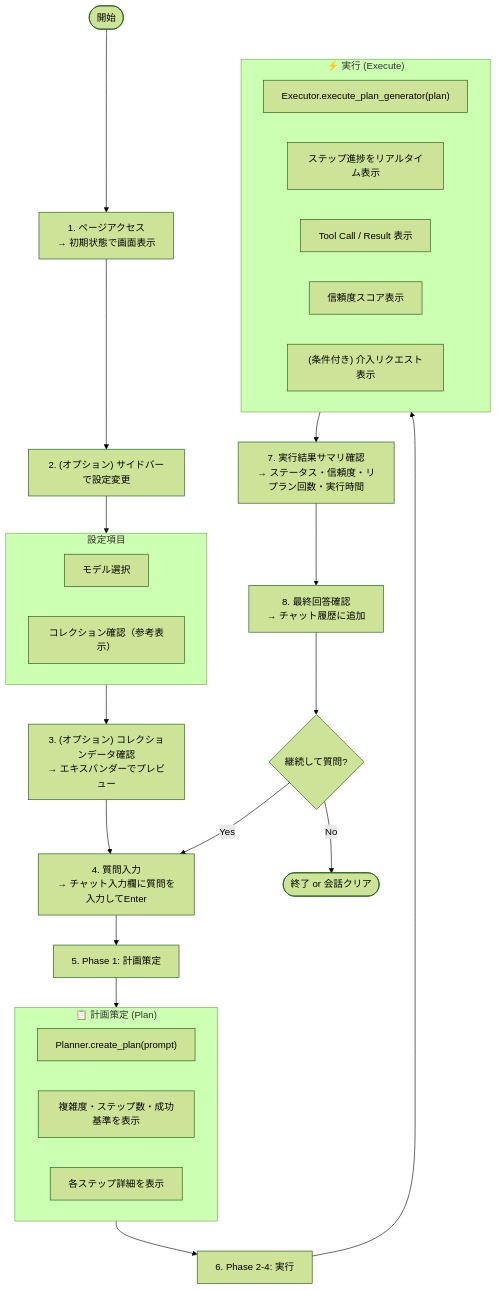
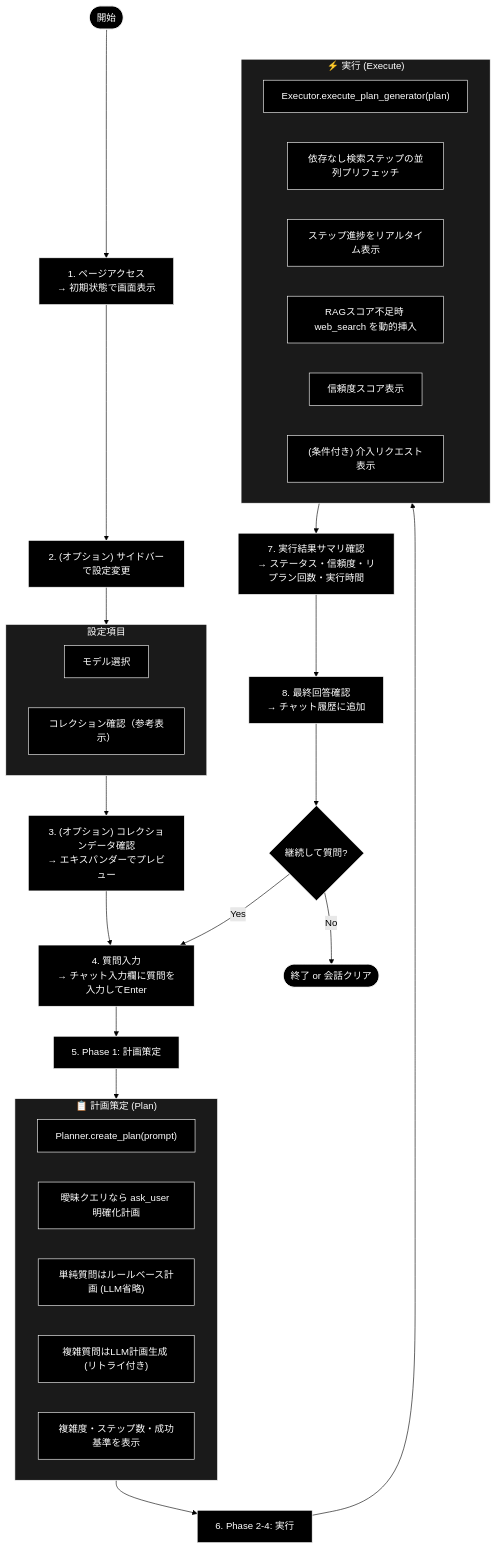
One commit to nakashima2toshio/openai_grace_agent changed the seventh of 13 diagrams in readme_autonomous_agent.md. Above: the diagram before and after it, drawn with Mermaid (forest theme). The commit also changed other lines of this file and 4 other files, not shown here.

````diff
--- a/readme_autonomous_agent.md
+++ b/readme_autonomous_agent.md
@@ -575,39 +656,48 @@
 ```mermaid
 flowchart TB
     Start(["開始"]) --> A["1. ページアクセス<br/>→ 初期状態で画面表示"]
     A --> B["2. (オプション) サイドバーで設定変更"]
 
     subgraph Settings["設定項目"]
         B1["モデル選択"]
         B2["コレクション確認（参考表示）"]
     end
     B --> Settings
 
     Settings --> C["3. (オプション) コレクションデータ確認<br/>→ エキスパンダーでプレビュー"]
     C --> D["4. 質問入力<br/>→ チャット入力欄に質問を入力してEnter"]
     D --> E1["5. Phase 1: 計画策定"]
 
     subgraph PlanPhase["📋 計画策定 (Plan)"]
         E1a["Planner.create_plan(prompt)"]
-        E1b["複雑度・ステップ数・成功基準を表示"]
-        E1c["各ステップ詳細を表示"]
+        E1b["曖昧クエリなら ask_user 明確化計画"]
+        E1c["単純質問はルールベース計画 (LLM省略)"]
+        E1d["複雑質問はLLM計画生成 (リトライ付き)"]
+        E1e["複雑度・ステップ数・成功基準を表示"]
     end
     E1 --> PlanPhase
 
     PlanPhase --> E2["6. Phase 2-4: 実行"]
 
     subgraph ExecPhase["⚡ 実行 (Execute)"]
         E2a["Executor.execute_plan_generator(plan)"]
-        E2b["ステップ進捗をリアルタイム表示"]
-        E2c["Tool Call / Result 表示"]
-        E2d["信頼度スコア表示"]
-        E2e["(条件付き) 介入リクエスト表示"]
+        E2b["依存なし検索ステップの並列プリフェッチ"]
+        E2c["ステップ進捗をリアルタイム表示"]
+        E2d["RAGスコア不足時 web_search を動的挿入"]
+        E2e["信頼度スコア表示"]
+        E2f["(条件付き) 介入リクエスト表示"]
     end
     E2 --> ExecPhase
 
     ExecPhase --> F["7. 実行結果サマリ確認<br/>→ ステータス・信頼度・リプラン回数・実行時間"]
     F --> G["8. 最終回答確認<br/>→ チャット履歴に追加"]
     G --> H{"継続して質問?"}
     H -->|Yes| D
     H -->|No| End(["終了 or 会話クリア"])
+classDef default fill:#000,stroke:#fff,color:#fff
+classDef subgraphStyle fill:#1a1a1a,stroke:#fff,color:#fff
+class Start,A,B,B1,B2,C,D,E1,E1a,E1b,E1c,E1d,E1e,E2,E2a,E2b,E2c,E2d,E2e,E2f,F,G,H,End default
+style Settings fill:#1a1a1a,stroke:#fff,color:#fff
+style PlanPhase fill:#1a1a1a,stroke:#fff,color:#fff
+style ExecPhase fill:#1a1a1a,stroke:#fff,color:#fff
 ```
````
